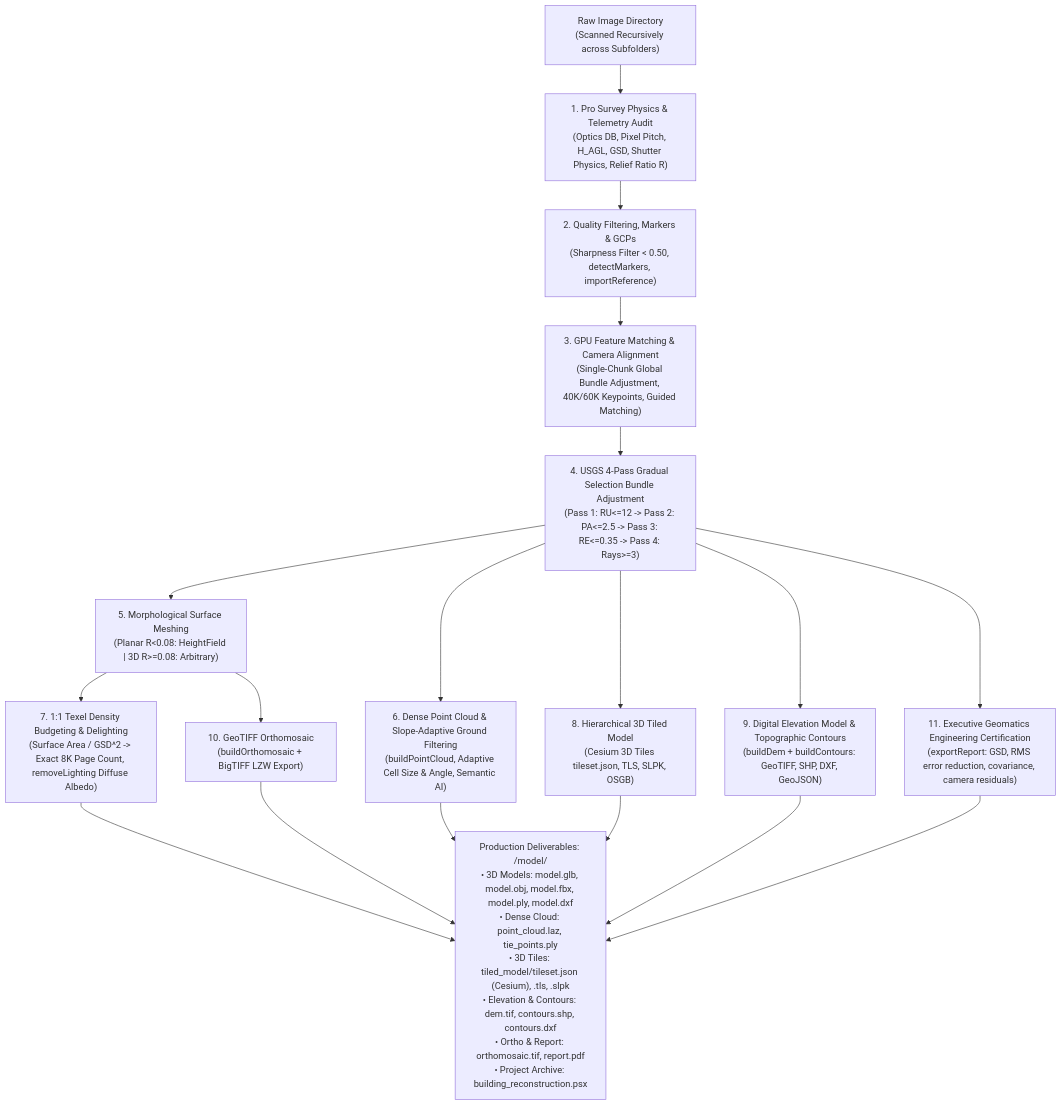
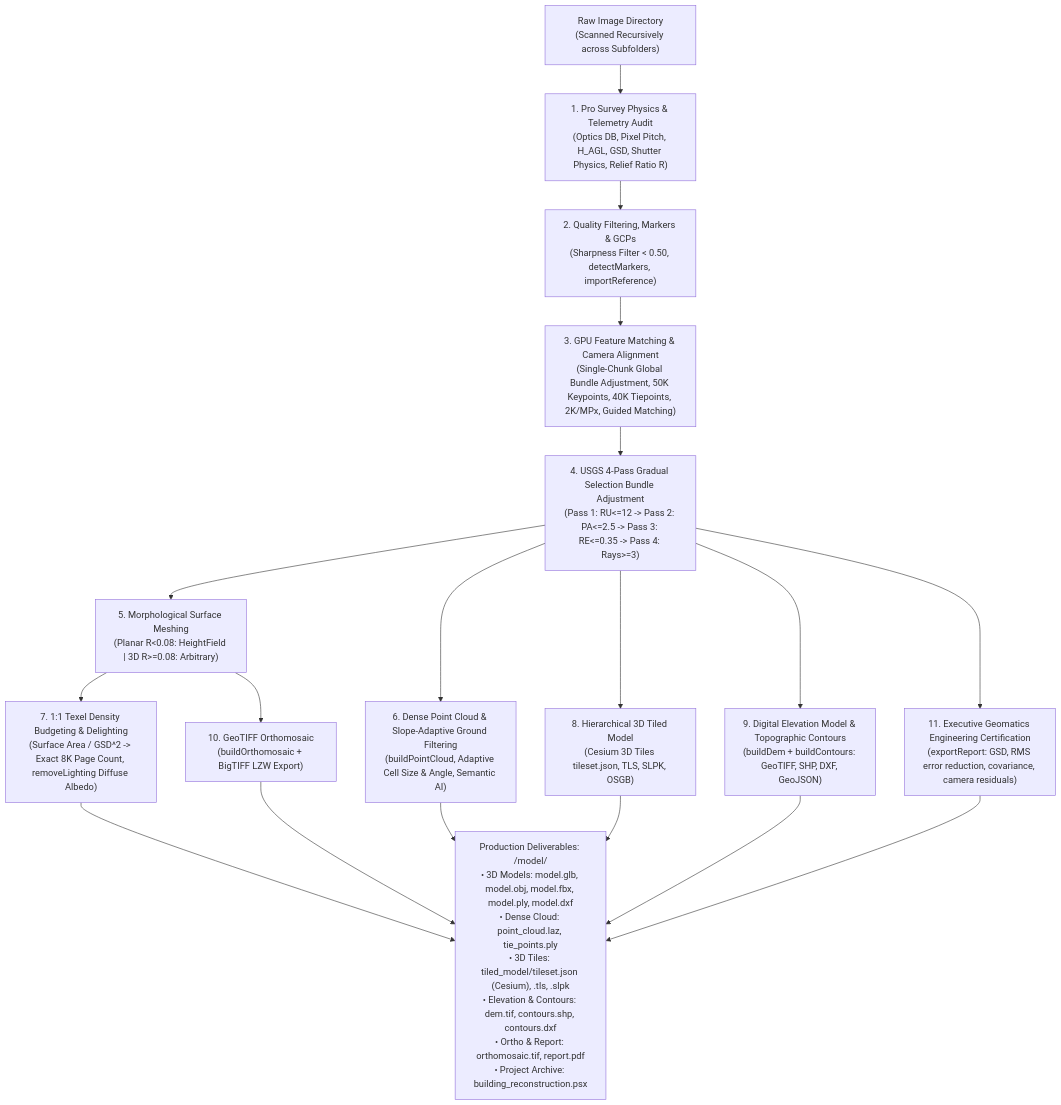
Before and after one commit to ngviettam82/AutoMetashape: the diagram in skills/user/image-to-3d-model/SKILL.md, drawn with Mermaid. The commit also changed other lines of this file and 7 other files, not shown here.

````diff
--- a/skills/user/image-to-3d-model/SKILL.md
+++ b/skills/user/image-to-3d-model/SKILL.md
@@ -41,20 +41,20 @@
 ```mermaid
 flowchart TD
     A["Raw Image Directory<br/>(Scanned Recursively across Subfolders)"] --> B["1. Pro Survey Physics & Telemetry Audit<br/>(Optics DB, Pixel Pitch, H_AGL, GSD, Shutter Physics, Relief Ratio R)"]
     B --> C["2. Quality Filtering, Markers & GCPs<br/>(Sharpness Filter < 0.50, detectMarkers, importReference)"]
-    C --> D["3. GPU Feature Matching & Camera Alignment<br/>(Single-Chunk Global Bundle Adjustment, 40K/60K Keypoints, Guided Matching)"]
+    C --> D["3. GPU Feature Matching & Camera Alignment<br/>(Single-Chunk Global Bundle Adjustment, 50K Keypoints, 40K Tiepoints, 2K/MPx, Guided Matching)"]
     D --> E["4. USGS 4-Pass Gradual Selection Bundle Adjustment<br/>(Pass 1: RU<=12 -> Pass 2: PA<=2.5 -> Pass 3: RE<=0.35 -> Pass 4: Rays>=3)"]
     E --> F["5. Morphological Surface Meshing<br/>(Planar R<0.08: HeightField | 3D R>=0.08: Arbitrary)"]
     E --> G["6. Dense Point Cloud & Slope-Adaptive Ground Filtering<br/>(buildPointCloud, Adaptive Cell Size & Angle, Semantic AI)"]
     F --> H["7. 1:1 Texel Density Budgeting & Delighting<br/>(Surface Area / GSD^2 -> Exact 8K Page Count, removeLighting Diffuse Albedo)"]
     E --> I["8. Hierarchical 3D Tiled Model<br/>(Cesium 3D Tiles tileset.json, TLS, SLPK, OSGB)"]
     E --> J["9. Digital Elevation Model & Topographic Contours<br/>(buildDem + buildContours: GeoTIFF, SHP, DXF, GeoJSON)"]
     F --> K["10. GeoTIFF Orthomosaic<br/>(buildOrthomosaic + BigTIFF LZW Export)"]
     E --> L["11. Executive Geomatics Engineering Certification<br/>(exportReport: GSD, RMS error reduction, covariance, camera residuals)"]
     G --> M["Production Deliverables: <images_dir>/model/<br/>• 3D Models: model.glb, model.obj, model.fbx, model.ply, model.dxf<br/>• Dense Cloud: point_cloud.laz, tie_points.ply<br/>• 3D Tiles: tiled_model/tileset.json (Cesium), .tls, .slpk<br/>• Elevation & Contours: dem.tif, contours.shp, contours.dxf<br/>• Ortho & Report: orthomosaic.tif, report.pdf<br/>• Project Archive: building_reconstruction.psx"]
     H --> M
     I --> M
     J --> M
     K --> M
     L --> M
 ```
````
